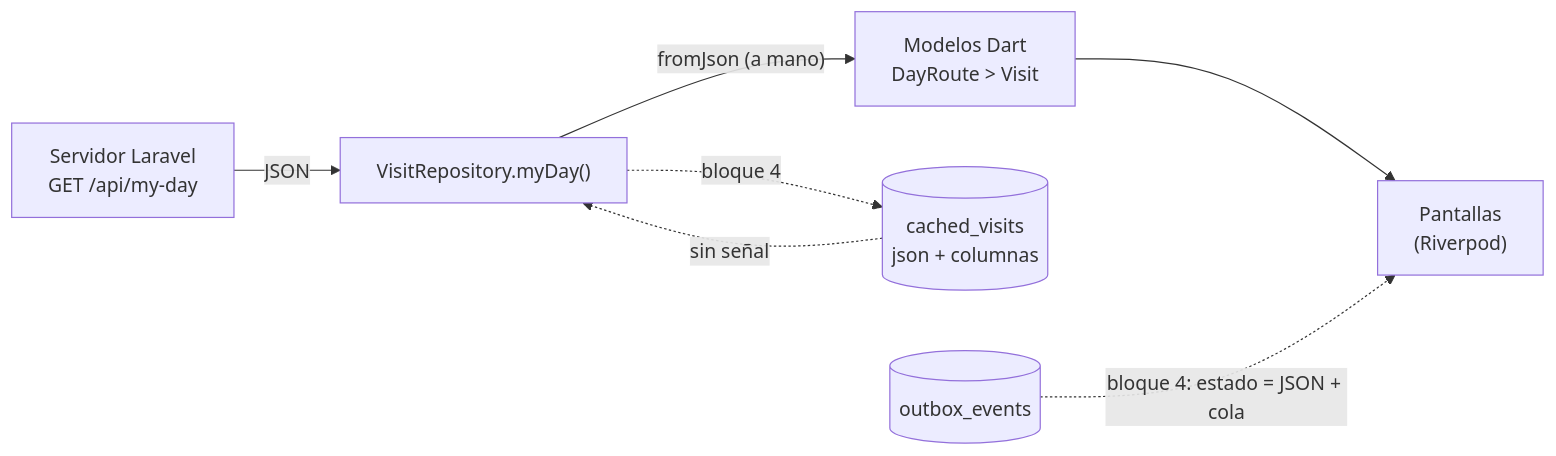
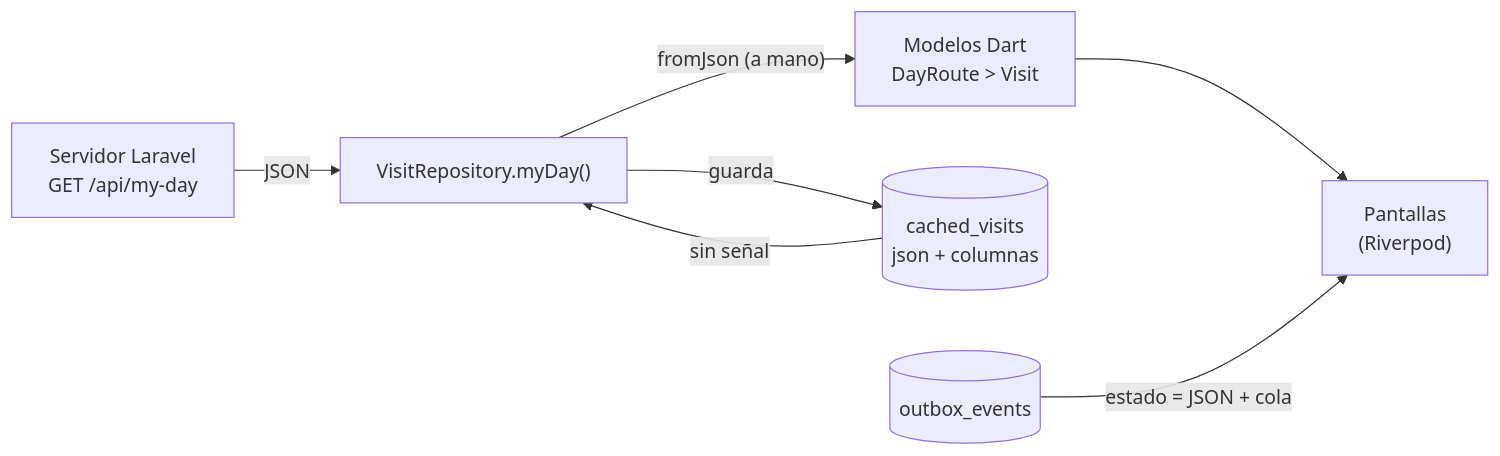
Before and after one commit to edggclu/rutas_app: the second of 9 diagrams in README.md, drawn with Mermaid. The commit also changed other lines of this file and 1 other file, not shown here.

````diff
--- a/README.md
+++ b/README.md
@@ -125,9 +155,9 @@
 ```mermaid
 flowchart LR
     A["Servidor Laravel<br/>GET /api/my-day"] -->|JSON| B["VisitRepository.myDay()"]
     B -->|"fromJson (a mano)"| C["Modelos Dart<br/>DayRoute > Visit"]
+    B -->|"guarda"| E[("cached_visits<br/>json + columnas")]
+    E -->|"sin señal"| B
     C --> D["Pantallas<br/>(Riverpod)"]
-    B -.->|"bloque 4"| E[("cached_visits<br/>json + columnas")]
-    E -.->|"sin señal"| B
-    F[("outbox_events")] -.->|"bloque 4: estado = JSON + cola"| D
+    F[("outbox_events")] -->|"estado = JSON + cola"| D
 ```
````
